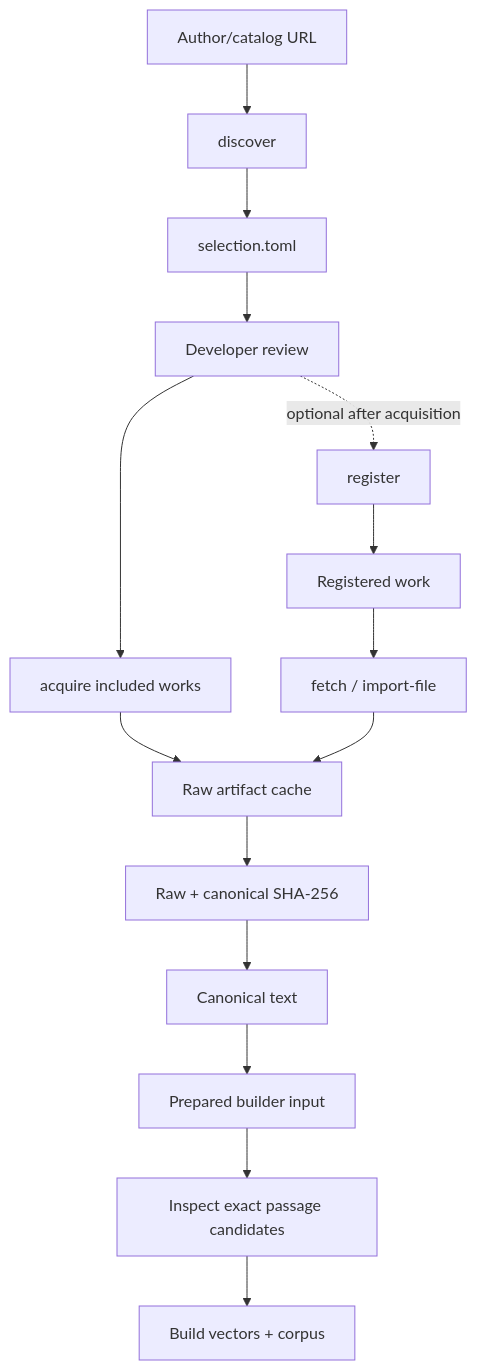
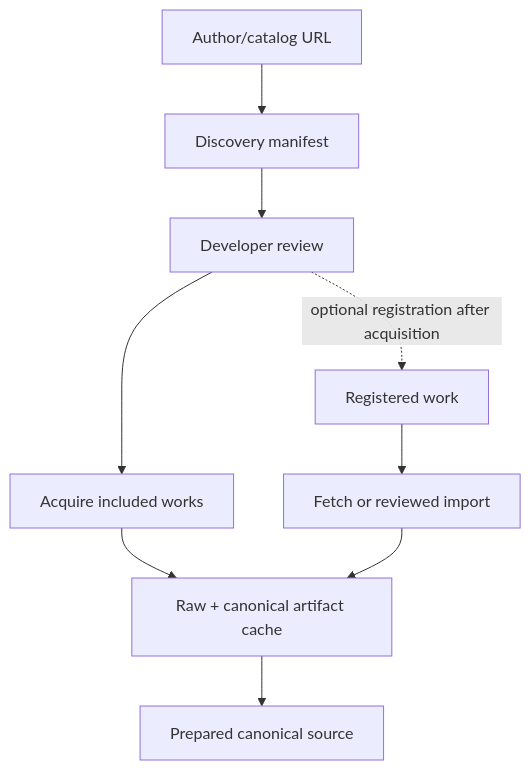
The diagram in docs/SOURCES.md (folk21/sibyl), drawn with Mermaid before and after one commit. The commit also changed other lines of this file and 26 other files, not shown here.

````diff
--- a/docs/SOURCES.md
+++ b/docs/SOURCES.md
@@ -18,20 +20,11 @@
 ```mermaid
 flowchart TD
-    U[Author/catalog URL] --> D[discover]
-    D --> S[selection.toml]
-    S --> H[Developer review]
-    H --> A[acquire included works]
-
-    R[Registered work] --> F[fetch / import-file]
-
-    A --> C[Raw artifact cache]
+    U[Author/catalog URL] --> D[Discovery manifest]
+    D --> H[Developer review]
+    H --> A[Acquire included works]
+    R[Registered work] --> F[Fetch or reviewed import]
+    A --> C[Raw + canonical artifact cache]
     F --> C
-    C --> X[Raw + canonical SHA-256]
-    X --> N[Canonical text]
-    N --> P[Prepared builder input]
-    P --> I[Inspect exact passage candidates]
-    I --> B[Build vectors + corpus]
-
-    H -. optional after acquisition .-> G[register]
-    G --> R
+    C --> P[Prepared canonical source]
+    H -. optional registration after acquisition .-> R
 ```
````
